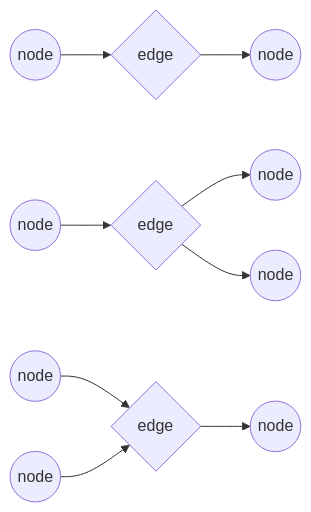
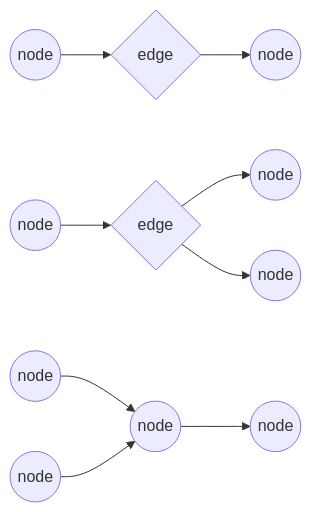
The diagram in README.md (stiproot/xo-tasktree), drawn with Mermaid before and after one commit.

Commit message:
new branch types.

````diff
--- a/README.md
+++ b/README.md
@@ -10,12 +10,12 @@
 ``` mermaid
 graph LR
     N((node)) --> M{edge} --> O((node))
 
     X((node)) --> 
     Y{edge} --> Z((node))
     Y{edge} --> P((node))
 
-    A((node)) --> E{edge}
-    B((node)) --> E{edge}
-    E{edge} --> F((node))
+    A((node)) --> E((node))
+    B((node)) --> E((node))
+    E((node)) --> F((node))
 ```
````
